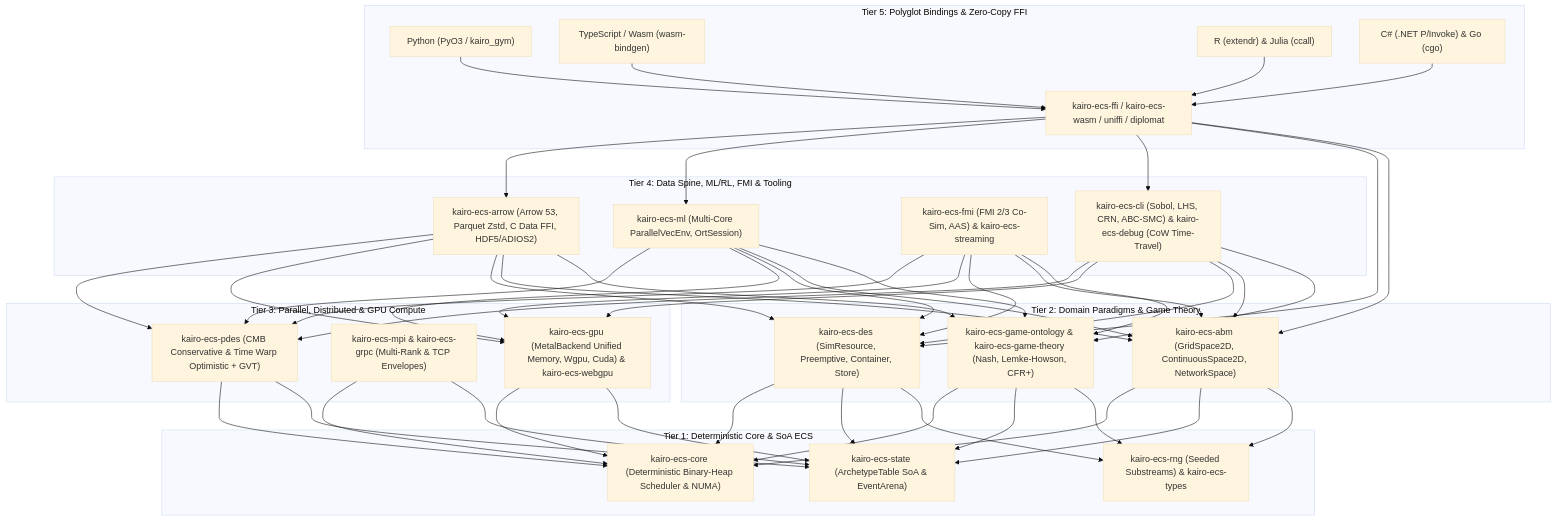
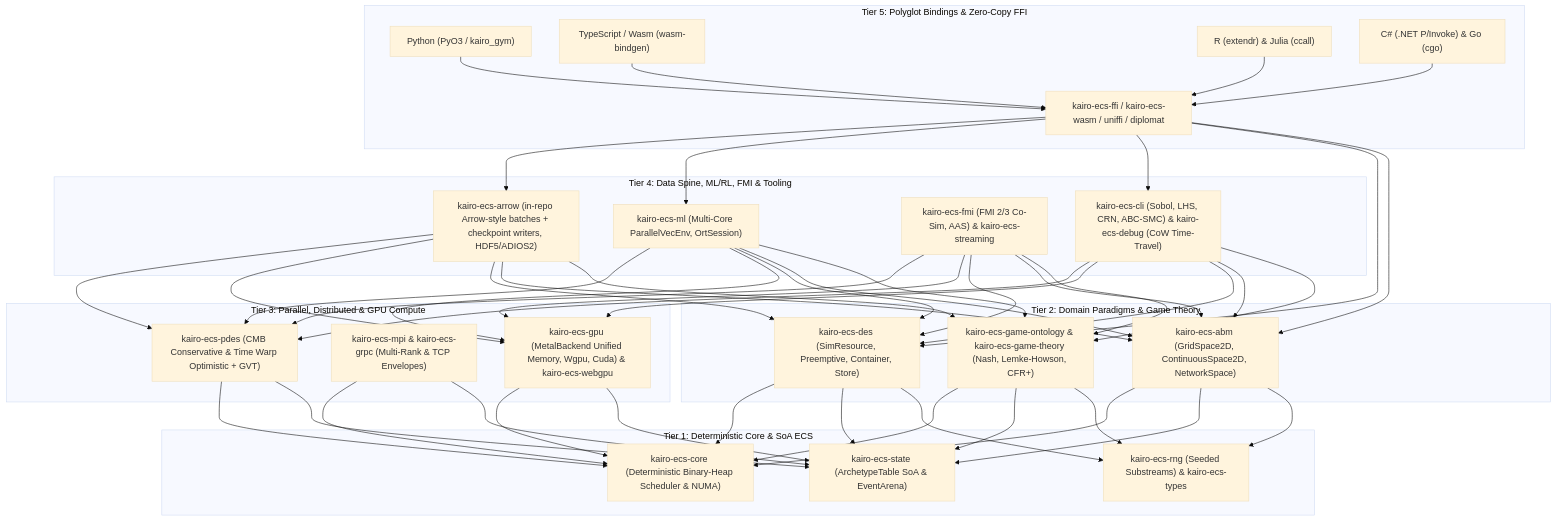
One commit to edithatogo/kairos changed the diagram in website/src/content/docs/architecture.md. Above: the diagram before and after it, drawn with Mermaid (base theme). The commit also changed other lines of this file and 2 other files, not shown here.

Commit message:
docs: correct Arrow/Parquet overclaims and document scaffold gaps with maintained alternatives

````diff
--- a/website/src/content/docs/architecture.md
+++ b/website/src/content/docs/architecture.md
@@ -70,41 +70,41 @@
 ```mermaid
 flowchart TD
     subgraph T5["Tier 5: Polyglot Bindings & Zero-Copy FFI"]
         PY["Python (PyO3 / kairo_gym)"]
         TS["TypeScript / Wasm (wasm-bindgen)"]
         RL["R (extendr) & Julia (ccall)"]
         CS["C# (.NET P/Invoke) & Go (cgo)"]
         FFI["kairo-ecs-ffi / kairo-ecs-wasm / uniffi / diplomat"]
         PY & TS & RL & CS --> FFI
     end
 
     subgraph T4["Tier 4: Data Spine, ML/RL, FMI & Tooling"]
-        ARR["kairo-ecs-arrow (Arrow 53, Parquet Zstd, C Data FFI, HDF5/ADIOS2)"]
+        ARR["kairo-ecs-arrow (in-repo Arrow-style batches + checkpoint writers, HDF5/ADIOS2)"]
         ML["kairo-ecs-ml (Multi-Core ParallelVecEnv, OrtSession)"]
         FMI["kairo-ecs-fmi (FMI 2/3 Co-Sim, AAS) & kairo-ecs-streaming"]
         CLI["kairo-ecs-cli (Sobol, LHS, CRN, ABC-SMC) & kairo-ecs-debug (CoW Time-Travel)"]
     end
 
     subgraph T3["Tier 3: Parallel, Distributed & GPU Compute"]
         PDES["kairo-ecs-pdes (CMB Conservative & Time Warp Optimistic + GVT)"]
         DIST["kairo-ecs-mpi & kairo-ecs-grpc (Multi-Rank & TCP Envelopes)"]
         GPU["kairo-ecs-gpu (MetalBackend Unified Memory, Wgpu, Cuda) & kairo-ecs-webgpu"]
     end
 
     subgraph T2["Tier 2: Domain Paradigms & Game Theory"]
         DES["kairo-ecs-des (SimResource, Preemptive, Container, Store)"]
         ABM["kairo-ecs-abm (GridSpace2D, ContinuousSpace2D, NetworkSpace)"]
         GT["kairo-ecs-game-ontology & kairo-ecs-game-theory (Nash, Lemke-Howson, CFR+)"]
     end
 
     subgraph T1["Tier 1: Deterministic Core & SoA ECS"]
         CORE["kairo-ecs-core (Deterministic Binary-Heap Scheduler & NUMA)"]
         STATE["kairo-ecs-state (ArchetypeTable SoA & EventArena)"]
         RNG["kairo-ecs-rng (Seeded Substreams) & kairo-ecs-types"]
     end
 
     FFI --> ARR & ML & CLI & DES & ABM
     ARR & ML & FMI & CLI --> PDES & GPU & DES & ABM & GT
     PDES & DIST & GPU --> CORE & STATE
     DES & ABM & GT --> CORE & STATE & RNG
 ```
````
